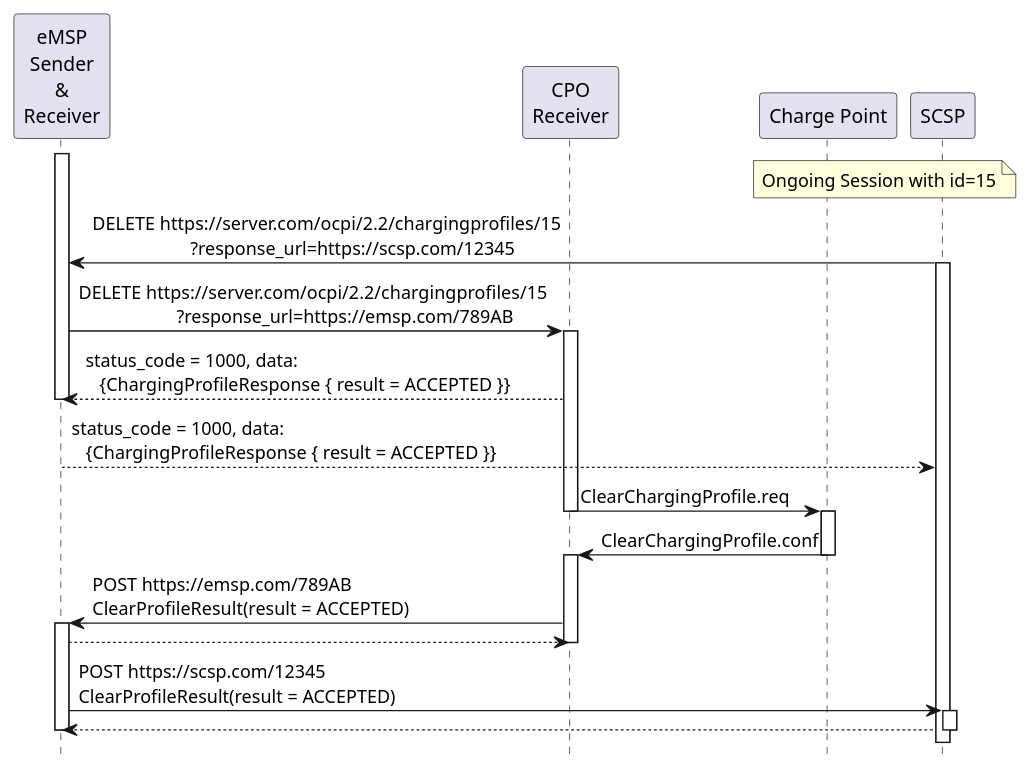
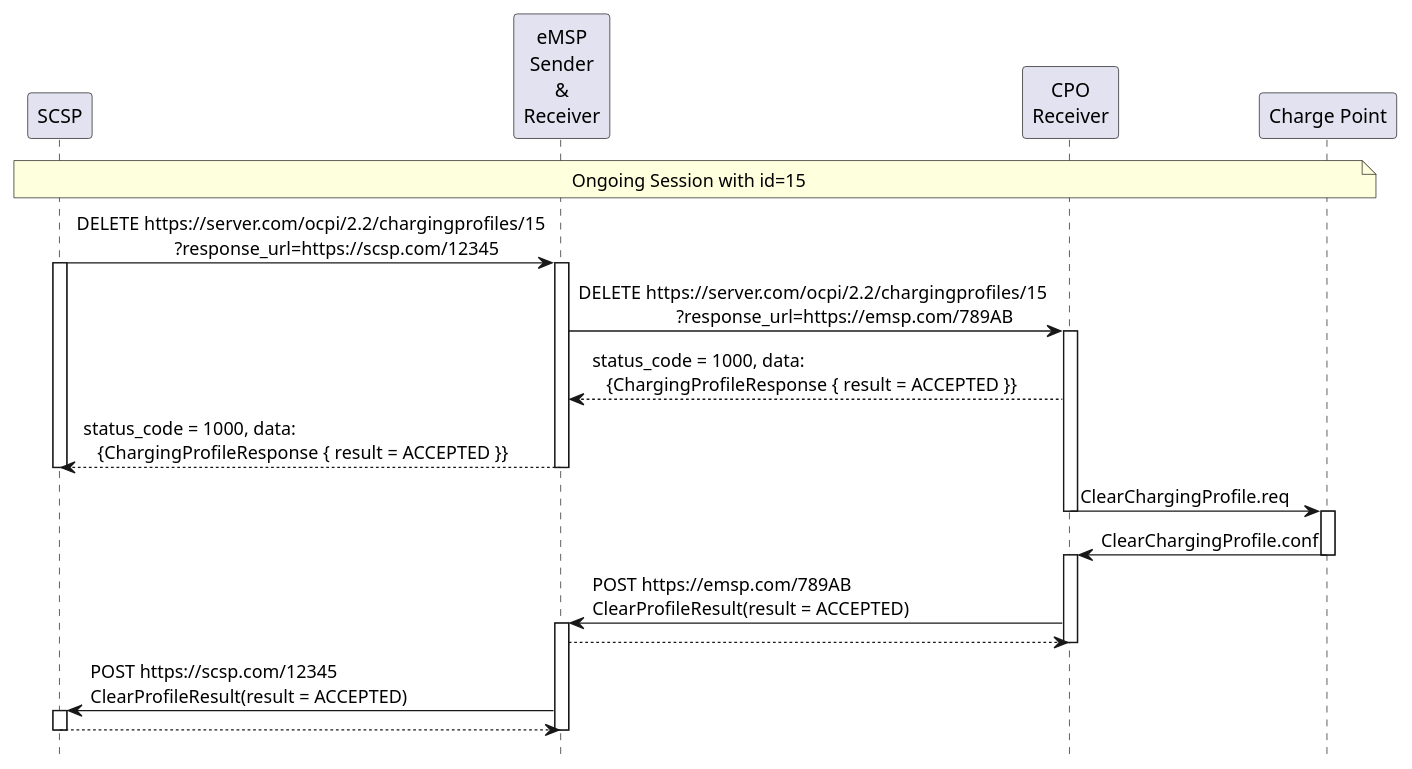
Before and after one commit to ocpi/ocpi: the diagram in plantuml/sd_charging_profile_clear_via_msp.plantuml, drawn with PlantUML. The commit also changed 1 other file, not shown here.

```diff
--- a/plantuml/sd_charging_profile_clear_via_msp.plantuml
+++ b/plantuml/sd_charging_profile_clear_via_msp.plantuml
@@ -1,36 +1,37 @@
 @startuml
 hide footbox
 
+participant "SCSP" as SCSP
 participant "eMSP\nSender\n&\nReceiver" as eMSP
 participant "CPO\nReceiver" as CPO
 participant "Charge Point" as CP
 
 NOTE over SCSP, CP: Ongoing Session with id=15
 
-activate eMSP
 SCSP -> eMSP: DELETE https:~//server.com/ocpi/2.2/chargingprofiles/15\n                     ?response_url=https:~//scsp.com/12345
 activate SCSP
+activate eMSP
 eMSP -> CPO: DELETE https:~//server.com/ocpi/2.2/chargingprofiles/15\n                     ?response_url=https:~//emsp.com/789AB
 activate CPO
 CPO  --> eMSP: status_code = 1000, data: \n   {ChargingProfileResponse { result = ACCEPTED }}
-deactivate eMSP
 eMSP  --> SCSP: status_code = 1000, data: \n   {ChargingProfileResponse { result = ACCEPTED }}
 deactivate eMSP
+deactivate SCSP
 
 CPO  ->  CP:   ClearChargingProfile.req
 deactivate CPO
 activate CP
 CP   ->  CPO:  ClearChargingProfile.conf
 deactivate CP
 activate CPO
 CPO  ->  eMSP: POST https:~//emsp.com/789AB\nClearProfileResult(result = ACCEPTED)
 activate eMSP
 eMSP --> CPO:
 deactivate CPO
 eMSP  ->  SCSP: POST https:~//scsp.com/12345\nClearProfileResult(result = ACCEPTED)
 activate SCSP
 SCSP --> eMSP:
 deactivate SCSP
 deactivate eMSP
 
 @enduml
```
